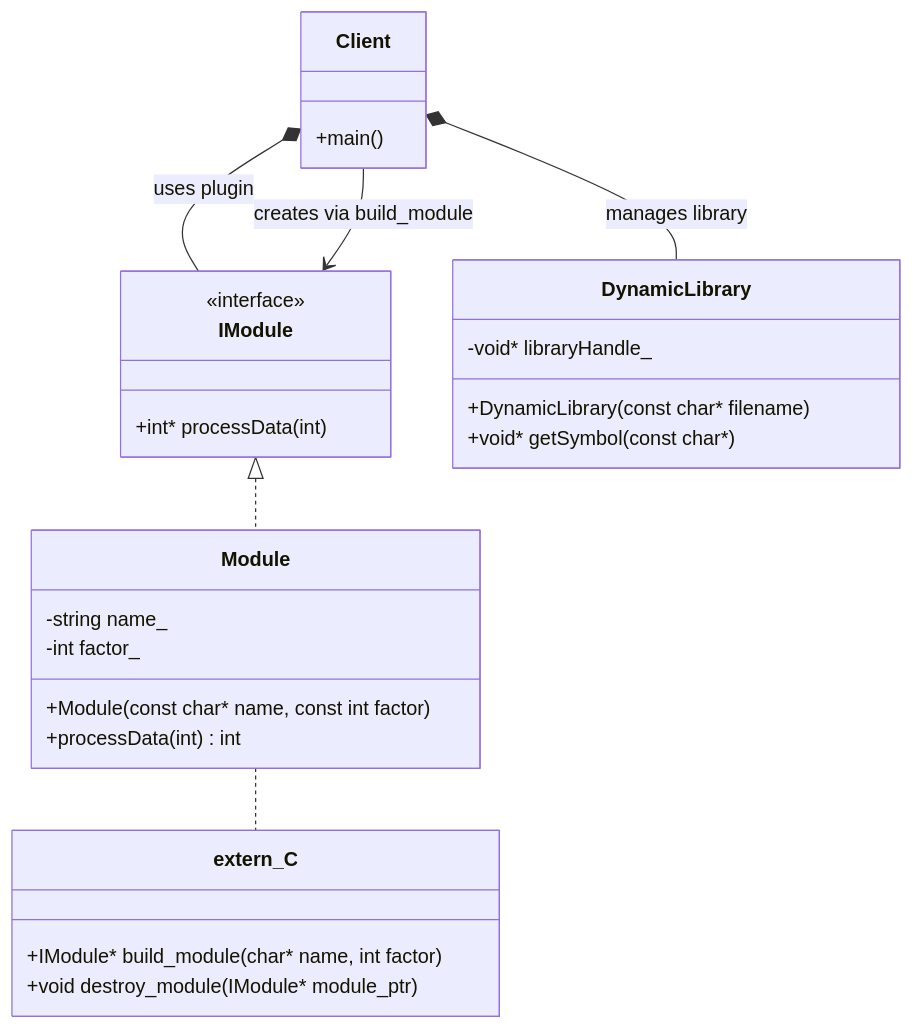
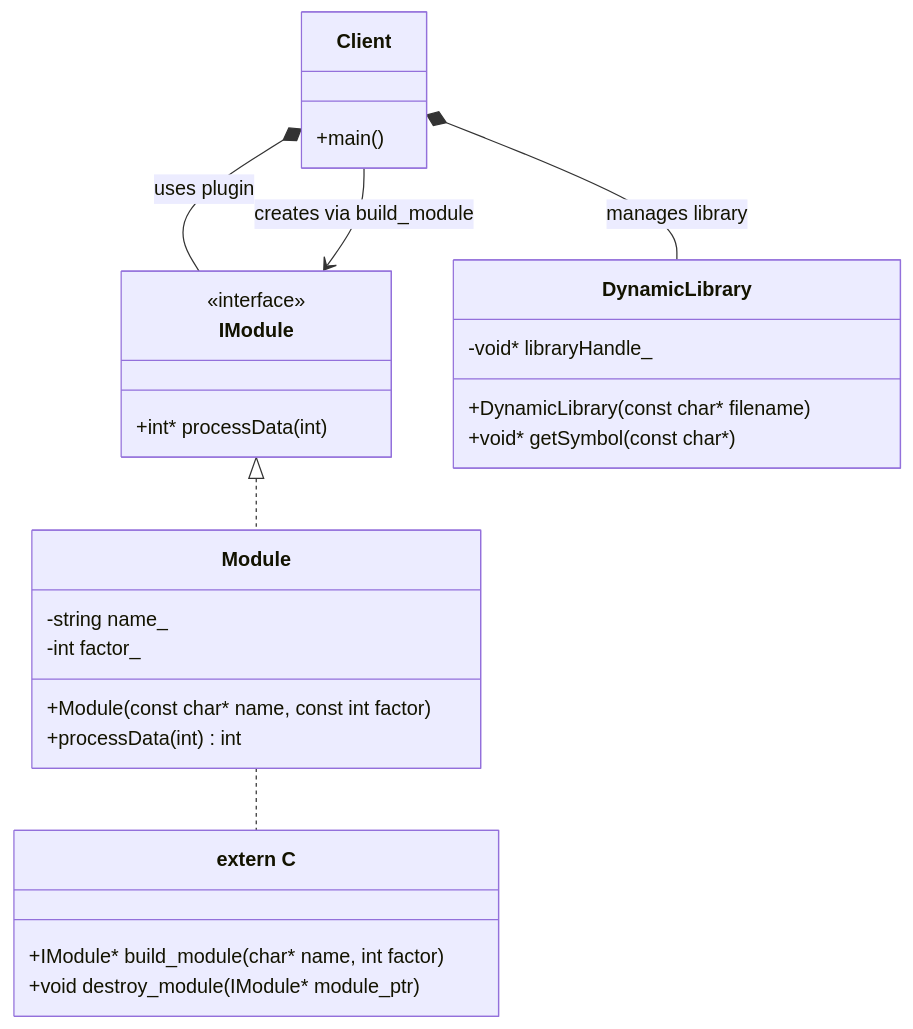
One commit to Cichlidfishexigency721/Modern-CPP-Design-Patterns changed the diagram in 17_ModuleLoader/README.md. Above: the diagram before and after it, drawn with Mermaid. The commit also changed 1 other file, not shown here.

Commit message:
UML improvement

````diff
--- a/17_ModuleLoader/README.md
+++ b/17_ModuleLoader/README.md
@@ -113,44 +113,44 @@
 ```mermaid
 classDiagram
    class Client {
       +main()
    }
 
    class IModule {
       <<interface>>
       +int* processData(int)
    }
 
    class Module {
       -string name_
       -int factor_
       +Module(const char* name, const int factor)
       +processData(int) int
    }
 
    class DynamicLibrary {
       -void* libraryHandle_
       +DynamicLibrary(const char* filename)
       +void* getSymbol(const char*)
    }
 
-   class extern_C {
+   class extern_C["extern C"] {
       +IModule* build_module(char* name, int factor)
       +void destroy_module(IModule* module_ptr)
    }
 
    %% Inheritance (Implements)
    IModule <|.. Module
 
    %% The Client owns the RAII wrapper for the library
    Client *-- DynamicLibrary : manages library
 
    %% The Client owns the module instance via unique_ptr
    Client *-- IModule : uses plugin
 
    %% The Client depends on the factory functions exported by the .so
    Client --> IModule : creates via build_module
 
    %%Module is managed via extern "C" funcions
    Module .. extern_C
 ```
````
